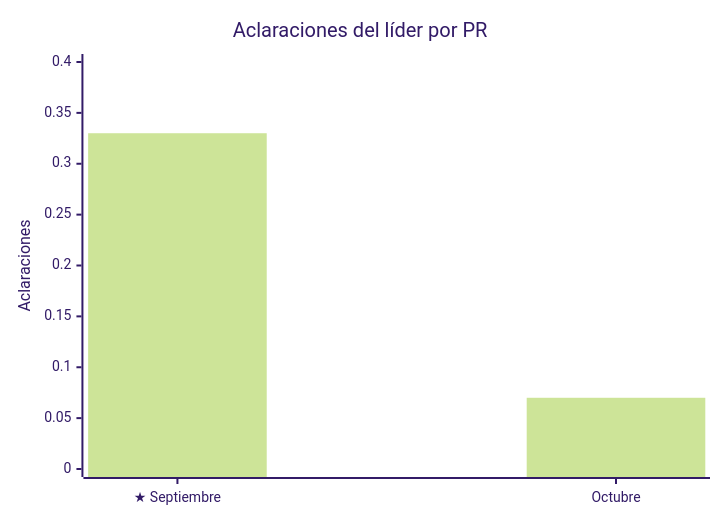
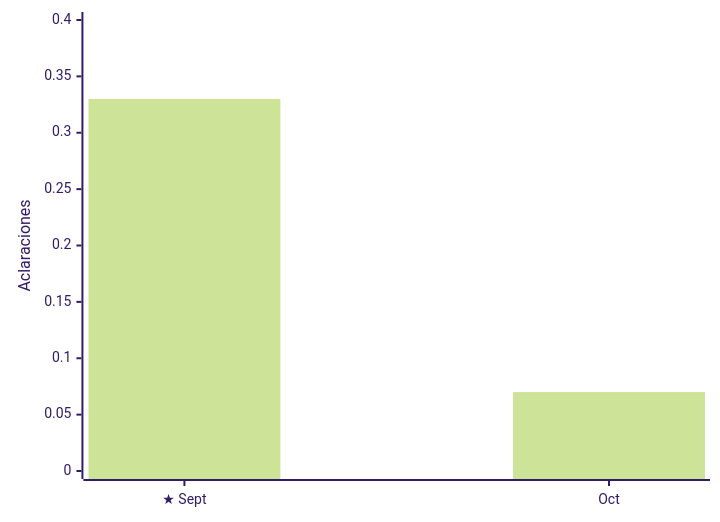
Before and after one commit to esinergiajohan/smart-goals-2026: the second of 6 diagrams in README.md, drawn with Mermaid (forest theme). The commit also changed other lines of this file, not shown here.

````diff
--- a/README.md
+++ b/README.md
@@ -127,7 +107,6 @@
 ```mermaid
 xychart-beta
-  title "Aclaraciones del líder por PR"
-  x-axis ["★ Septiembre", "Octubre"]
+  x-axis ["★ Sept", "Oct"]
   y-axis "Aclaraciones" 0 --> 0.4
   bar [0.33, 0.07]
 ```
````
